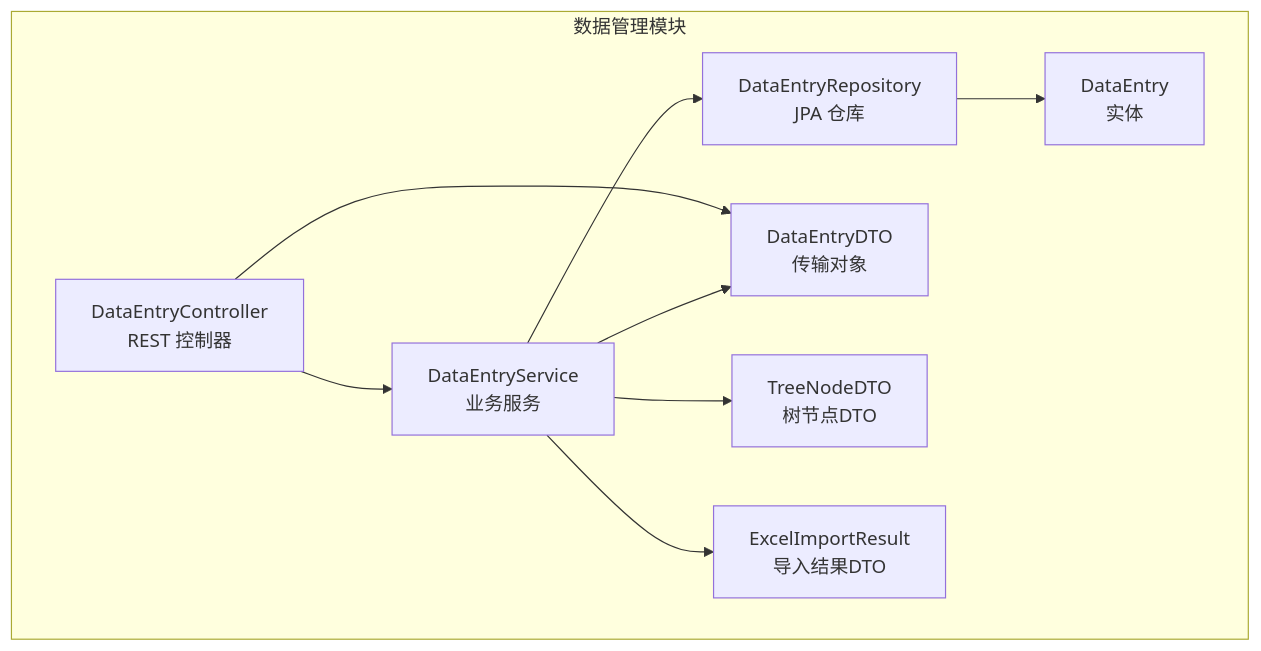
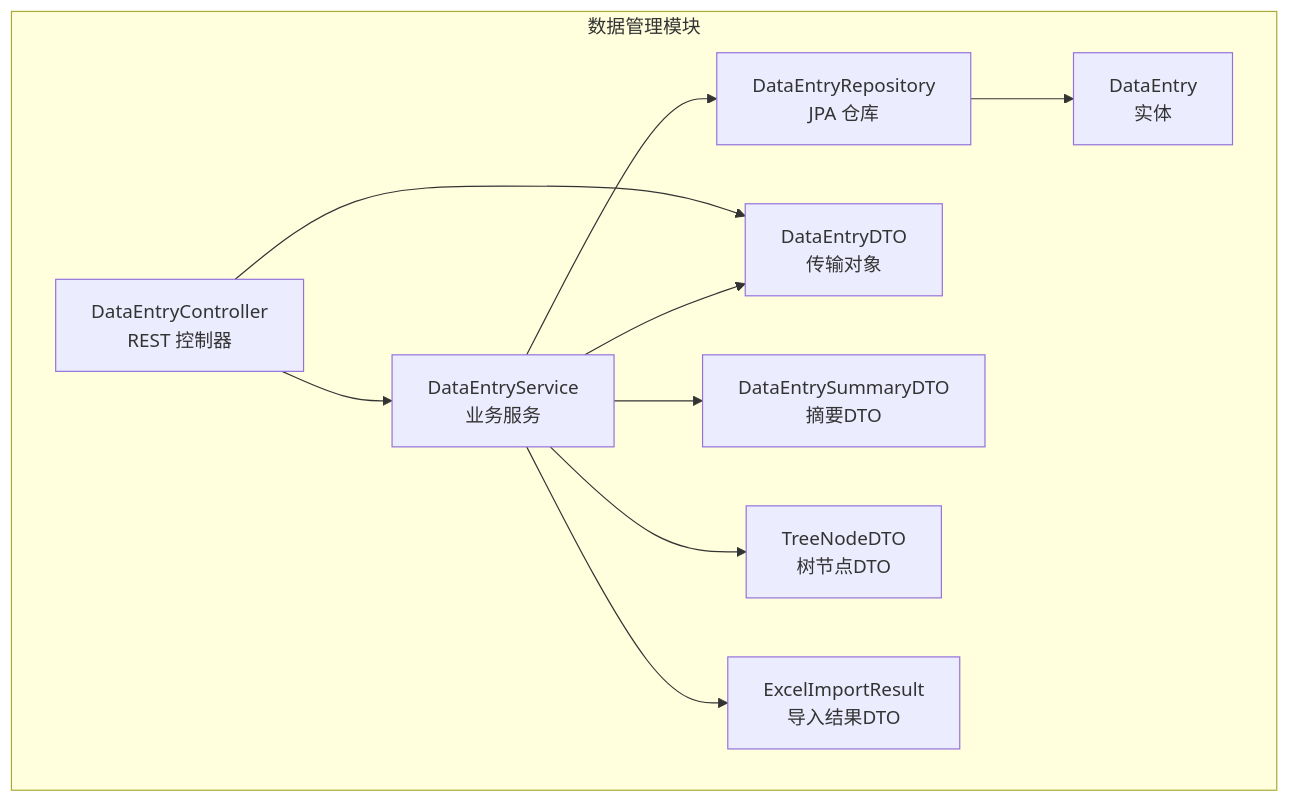
Before and after one commit to kinke0/ProductList: the first of 7 diagrams in .qoder/repowiki/zh/content/后端架构设计/模块化架构/数据管理模块.md, drawn with Mermaid. The commit also changed other lines of this file and 106 other files, not shown here.

Commit message:
V1.1.0: 修复清单导航树不匹配+统计视图加载遮罩+上下移提示

````diff
--- a/.qoder/repowiki/zh/content/后端架构设计/模块化架构/数据管理模块.md
+++ b/.qoder/repowiki/zh/content/后端架构设计/模块化架构/数据管理模块.md
@@ -37,19 +50,21 @@
 ```mermaid
 graph TB
 subgraph "数据管理模块"
 C["DataEntryController<br/>REST 控制器"]
 S["DataEntryService<br/>业务服务"]
 R["DataEntryRepository<br/>JPA 仓库"]
 E["DataEntry<br/>实体"]
 DTO["DataEntryDTO<br/>传输对象"]
+SDTO["DataEntrySummaryDTO<br/>摘要DTO"]
 T["TreeNodeDTO<br/>树节点DTO"]
 X["ExcelImportResult<br/>导入结果DTO"]
 end
 C --> S
 S --> R
 R --> E
 C --> DTO
 S --> DTO
+S --> SDTO
 S --> T
 S --> X
 ```
````
